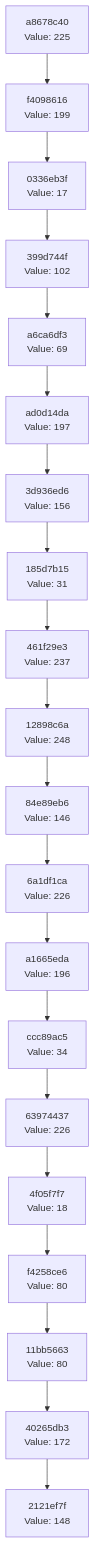
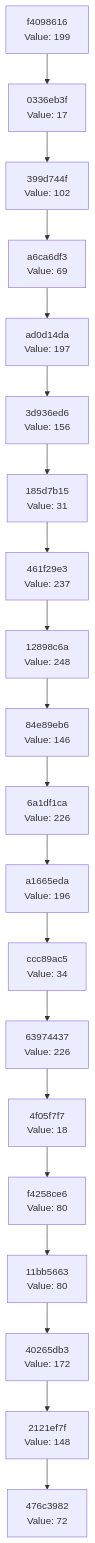
The diagram in docs/CHAIN_VISUALIZATION.md (Abhisheksinha1506/hash-chain-evolver), drawn with Mermaid before and after one commit. The commit also changed 2 other files, not shown here.

Commit message:
Evolution step: hash 0x48 → action executed

````diff
--- a/docs/CHAIN_VISUALIZATION.md
+++ b/docs/CHAIN_VISUALIZATION.md
@@ -3,42 +3,42 @@
 ```mermaid
 graph TD
-    C0["2121ef7f<br/>Value: 148"]
-    C1["40265db3<br/>Value: 172"]
+    C0["476c3982<br/>Value: 72"]
+    C1["2121ef7f<br/>Value: 148"]
     C1 --> C0
-    C2["11bb5663<br/>Value: 80"]
+    C2["40265db3<br/>Value: 172"]
     C2 --> C1
-    C3["f4258ce6<br/>Value: 80"]
+    C3["11bb5663<br/>Value: 80"]
     C3 --> C2
-    C4["4f05f7f7<br/>Value: 18"]
+    C4["f4258ce6<br/>Value: 80"]
     C4 --> C3
-    C5["63974437<br/>Value: 226"]
+    C5["4f05f7f7<br/>Value: 18"]
     C5 --> C4
-    C6["ccc89ac5<br/>Value: 34"]
+    C6["63974437<br/>Value: 226"]
     C6 --> C5
-    C7["a1665eda<br/>Value: 196"]
+    C7["ccc89ac5<br/>Value: 34"]
     C7 --> C6
-    C8["6a1df1ca<br/>Value: 226"]
+    C8["a1665eda<br/>Value: 196"]
     C8 --> C7
-    C9["84e89eb6<br/>Value: 146"]
+    C9["6a1df1ca<br/>Value: 226"]
     C9 --> C8
-    C10["12898c6a<br/>Value: 248"]
+    C10["84e89eb6<br/>Value: 146"]
     C10 --> C9
-    C11["461f29e3<br/>Value: 237"]
+    C11["12898c6a<br/>Value: 248"]
     C11 --> C10
-    C12["185d7b15<br/>Value: 31"]
+    C12["461f29e3<br/>Value: 237"]
     C12 --> C11
-    C13["3d936ed6<br/>Value: 156"]
+    C13["185d7b15<br/>Value: 31"]
     C13 --> C12
-    C14["ad0d14da<br/>Value: 197"]
+    C14["3d936ed6<br/>Value: 156"]
     C14 --> C13
-    C15["a6ca6df3<br/>Value: 69"]
+    C15["ad0d14da<br/>Value: 197"]
     C15 --> C14
-    C16["399d744f<br/>Value: 102"]
+    C16["a6ca6df3<br/>Value: 69"]
     C16 --> C15
-    C17["0336eb3f<br/>Value: 17"]
+    C17["399d744f<br/>Value: 102"]
     C17 --> C16
-    C18["f4098616<br/>Value: 199"]
+    C18["0336eb3f<br/>Value: 17"]
     C18 --> C17
-    C19["a8678c40<br/>Value: 225"]
+    C19["f4098616<br/>Value: 199"]
     C19 --> C18
 ```
````
